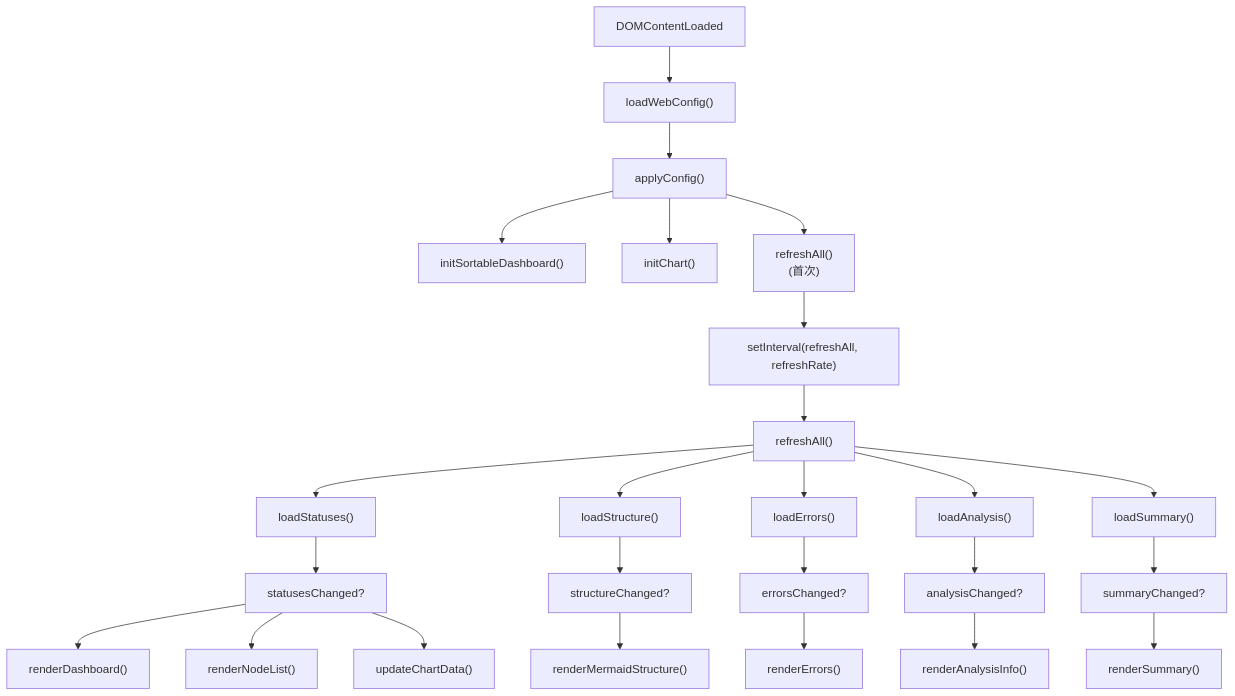
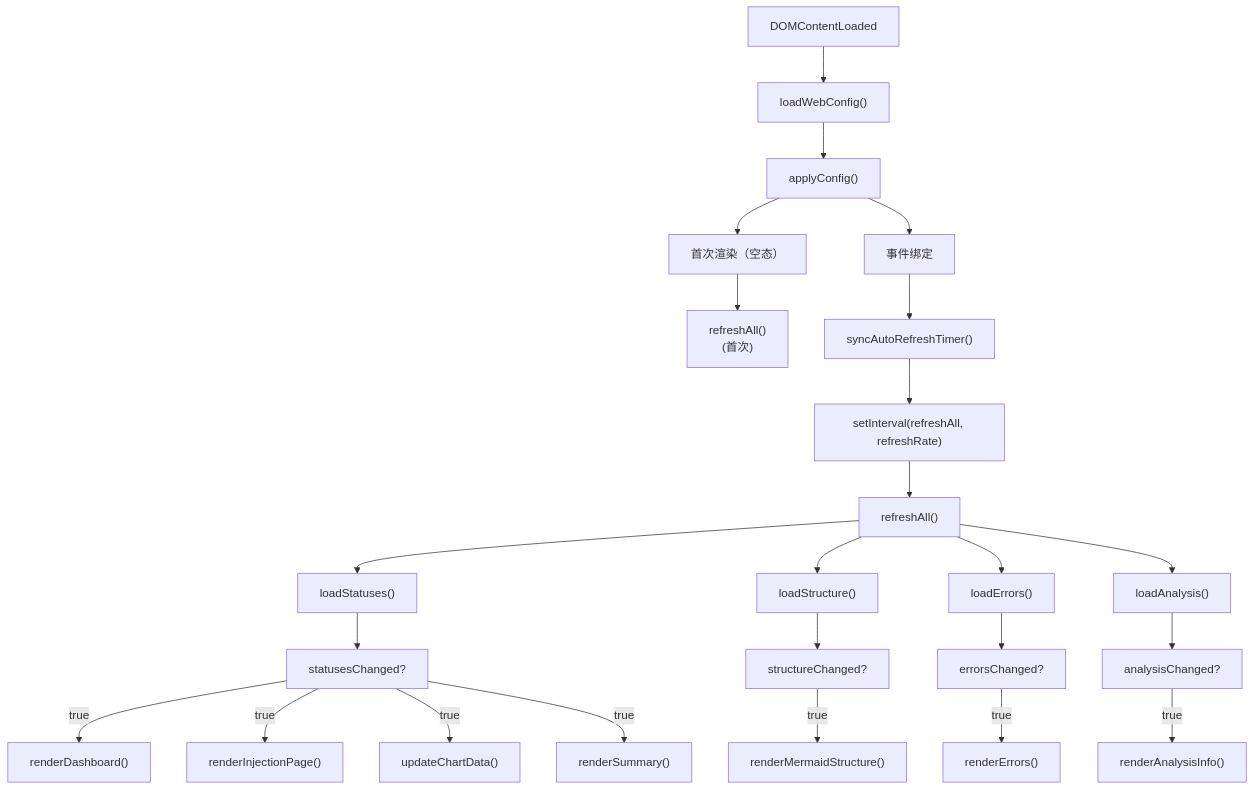
The second of 2 diagrams in docs/zh-CN/src/web/static/ts/main.md (Mr-xiaotian/CelestialFlow), drawn with Mermaid before and after one commit. The commit also changed other lines of this file and 94 other files, not shown here.

````diff
--- a/docs/zh-CN/src/web/static/ts/main.md
+++ b/docs/zh-CN/src/web/static/ts/main.md
@@ -70,33 +99,31 @@
 ```mermaid
 flowchart TD
     A["DOMContentLoaded"] --> B["loadWebConfig()"]
     B --> C["applyConfig()"]
-    C --> D["initSortableDashboard()"]
-    C --> E["initChart()"]
-    C --> F["refreshAll()<br/>(首次)"]
-    F --> G["setInterval(refreshAll, refreshRate)"]
+    C --> D["首次渲染（空态）"]
+    C --> E["事件绑定"]
+    D --> F["refreshAll()<br/>(首次)"]
+    E --> G["syncAutoRefreshTimer()"]
+    G --> H["setInterval(refreshAll, refreshRate)"]
 
-    G --> H["refreshAll()"]
-    H --> I["loadStatuses()"]
-    H --> J["loadStructure()"]
-    H --> K["loadErrors()"]
-    H --> L["loadAnalysis()"]
-    H --> M["loadSummary()"]
+    H --> RA["refreshAll()"]
+    RA --> I["loadStatuses()"]
+    RA --> J["loadStructure()"]
+    RA --> K["loadErrors()"]
+    RA --> L["loadAnalysis()"]
 
     I --> N["statusesChanged?"]
-    N --> O["renderDashboard()"]
-    N --> P["renderNodeList()"]
-    N --> Q["updateChartData()"]
+    N -->|true| O["renderDashboard()"]
+    N -->|true| P["renderInjectionPage()"]
+    N -->|true| Q["updateChartData()"]
+    N -->|true| R["renderSummary()"]
 
-    J --> R["structureChanged?"]
-    R --> S["renderMermaidStructure()"]
+    J --> S["structureChanged?"]
+    S -->|true| T["renderMermaidStructure()"]
 
-    K --> T["errorsChanged?"]
-    T --> U["renderErrors()"]
+    K --> U["errorsChanged?"]
+    U -->|true| V["renderErrors()"]
 
-    L --> V["analysisChanged?"]
-    V --> W["renderAnalysisInfo()"]
-
-    M --> X["summaryChanged?"]
-    X --> Y["renderSummary()"]
+    L --> W["analysisChanged?"]
+    W -->|true| X["renderAnalysisInfo()"]
 ```
````
